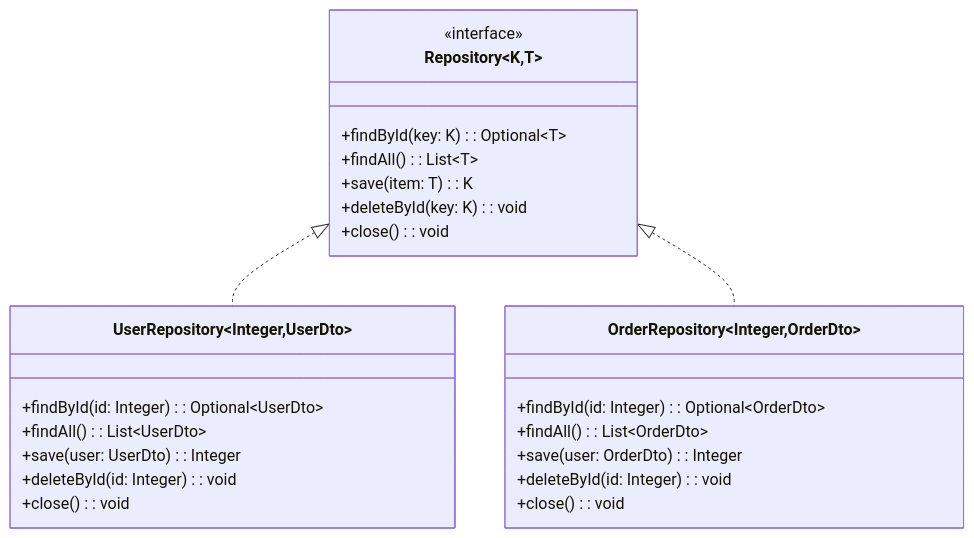
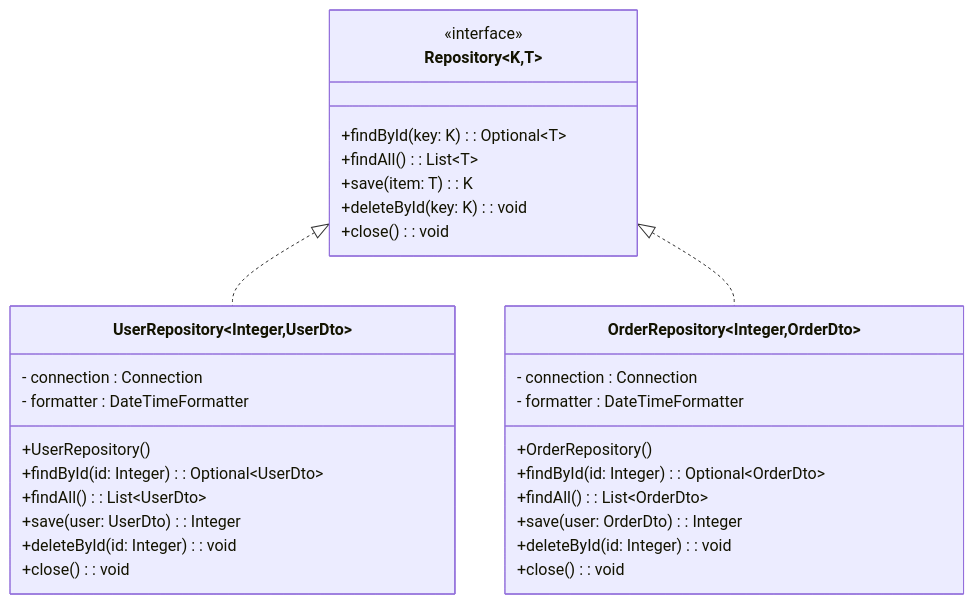
The second of 2 diagrams in docs/TD 04 - Java Database Connectivity/ex06-repository.md (esibru/4prj1d-labos), drawn with Mermaid before and after one commit. The commit also changed other lines of this file, not shown here.

Commit message:
td jdbc repository précisions

````diff
--- a/docs/TD 04 - Java Database Connectivity/ex06-repository.md
+++ b/docs/TD 04 - Java Database Connectivity/ex06-repository.md
@@ -287,30 +345,36 @@
 ```mermaid
 classDiagram
     class Repository~K,T~ {
         <<interface>>
         +findById(key: K): Optional~T~
         +findAll(): List~T~
         +save(item: T): K
         +deleteById(key: K): void
         +close(): void
     }
 
     class UserRepository~Integer,UserDto~ {
+        - connection : Connection 
+        - formatter : DateTimeFormatter 
+        +UserRepository()
         +findById(id: Integer): Optional~UserDto~
         +findAll(): List~UserDto~
         +save(user: UserDto): Integer
         +deleteById(id: Integer): void
         +close(): void
     }
 
     class OrderRepository~Integer,OrderDto~ {
+        - connection : Connection 
+        - formatter : DateTimeFormatter  
+        +OrderRepository()       
         +findById(id: Integer): Optional~OrderDto~
         +findAll(): List~OrderDto~
         +save(user: OrderDto): Integer
         +deleteById(id: Integer): void
         +close(): void
     }
 
     Repository <|.. UserRepository
     Repository <|.. OrderRepository
 ```
````
